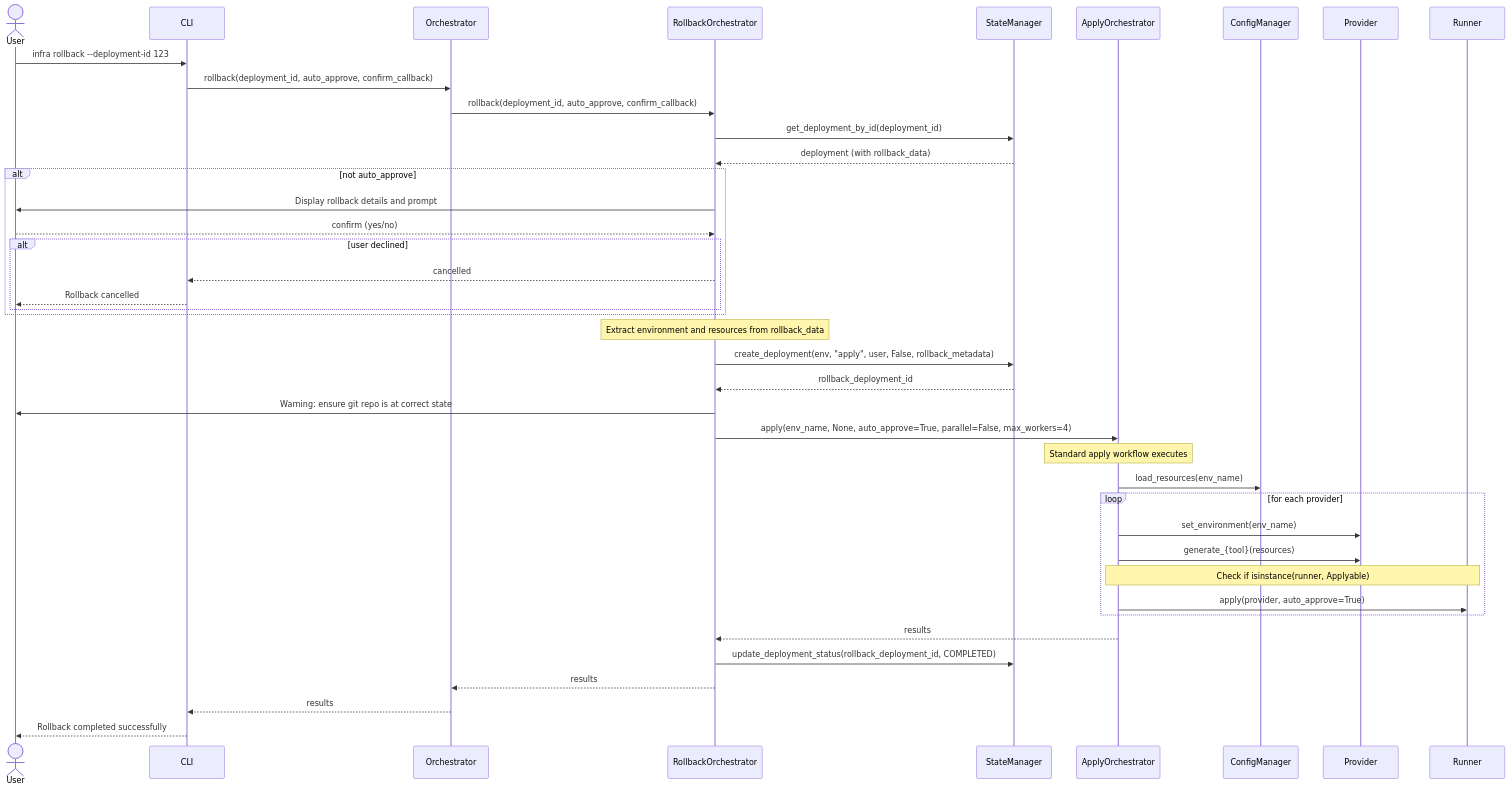
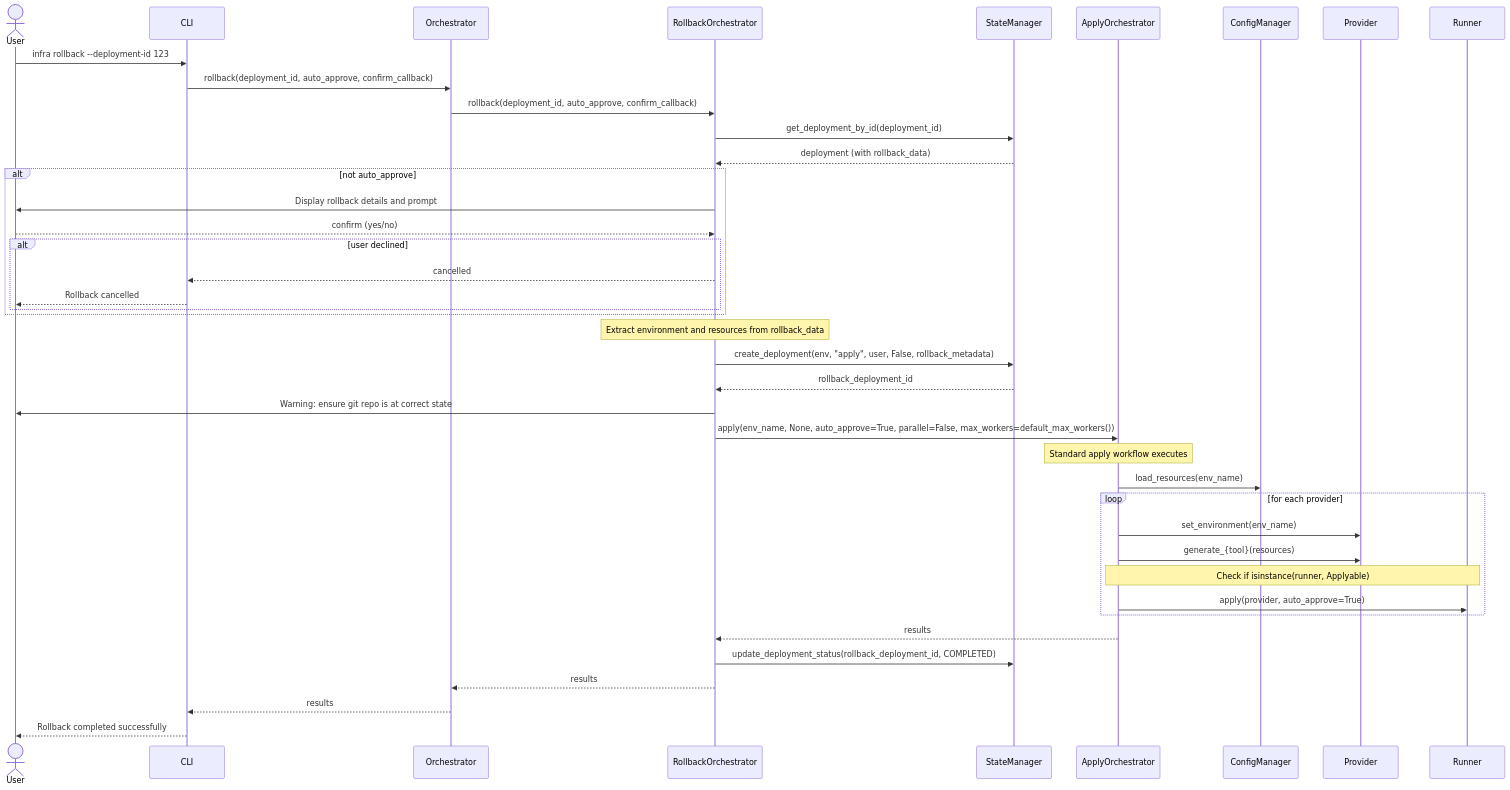
The third of 3 diagrams in docs/architecture/orchestrator-architecture.md (endavis/infrafoundry), drawn with Mermaid before and after one commit. The commit also changed 10 other files, not shown here.

````diff
--- a/docs/architecture/orchestrator-architecture.md
+++ b/docs/architecture/orchestrator-architecture.md
@@ -198,56 +198,56 @@
 ```mermaid
 sequenceDiagram
     actor User
     participant CLI
     participant Orchestrator
     participant RollbackOrchestrator
     participant StateManager
     participant ApplyOrchestrator
     participant ConfigManager
     participant Provider
     participant Runner
 
     User->>CLI: infra rollback --deployment-id 123
     CLI->>Orchestrator: rollback(deployment_id, auto_approve, confirm_callback)
     Orchestrator->>RollbackOrchestrator: rollback(deployment_id, auto_approve, confirm_callback)
 
     RollbackOrchestrator->>StateManager: get_deployment_by_id(deployment_id)
     StateManager-->>RollbackOrchestrator: deployment (with rollback_data)
 
     alt not auto_approve
         RollbackOrchestrator->>User: Display rollback details and prompt
         User-->>RollbackOrchestrator: confirm (yes/no)
 
         alt user declined
             RollbackOrchestrator-->>CLI: cancelled
             CLI-->>User: Rollback cancelled
         end
     end
 
     Note over RollbackOrchestrator: Extract environment and resources from rollback_data
 
     RollbackOrchestrator->>StateManager: create_deployment(env, "apply", user, False, rollback_metadata)
     StateManager-->>RollbackOrchestrator: rollback_deployment_id
 
     RollbackOrchestrator->>User: Warning: ensure git repo is at correct state
 
-    RollbackOrchestrator->>ApplyOrchestrator: apply(env_name, None, auto_approve=True, parallel=False, max_workers=4)
+    RollbackOrchestrator->>ApplyOrchestrator: apply(env_name, None, auto_approve=True, parallel=False, max_workers=default_max_workers())
 
     Note over ApplyOrchestrator: Standard apply workflow executes
     ApplyOrchestrator->>ConfigManager: load_resources(env_name)
 
     loop for each provider
         ApplyOrchestrator->>Provider: set_environment(env_name)
         ApplyOrchestrator->>Provider: generate_{tool}(resources)
         Note over ApplyOrchestrator,Runner: Check if isinstance(runner, Applyable)
         ApplyOrchestrator->>Runner: apply(provider, auto_approve=True)
     end
 
     ApplyOrchestrator-->>RollbackOrchestrator: results
 
     RollbackOrchestrator->>StateManager: update_deployment_status(rollback_deployment_id, COMPLETED)
 
     RollbackOrchestrator-->>Orchestrator: results
     Orchestrator-->>CLI: results
     CLI-->>User: Rollback completed successfully
 ```
````
